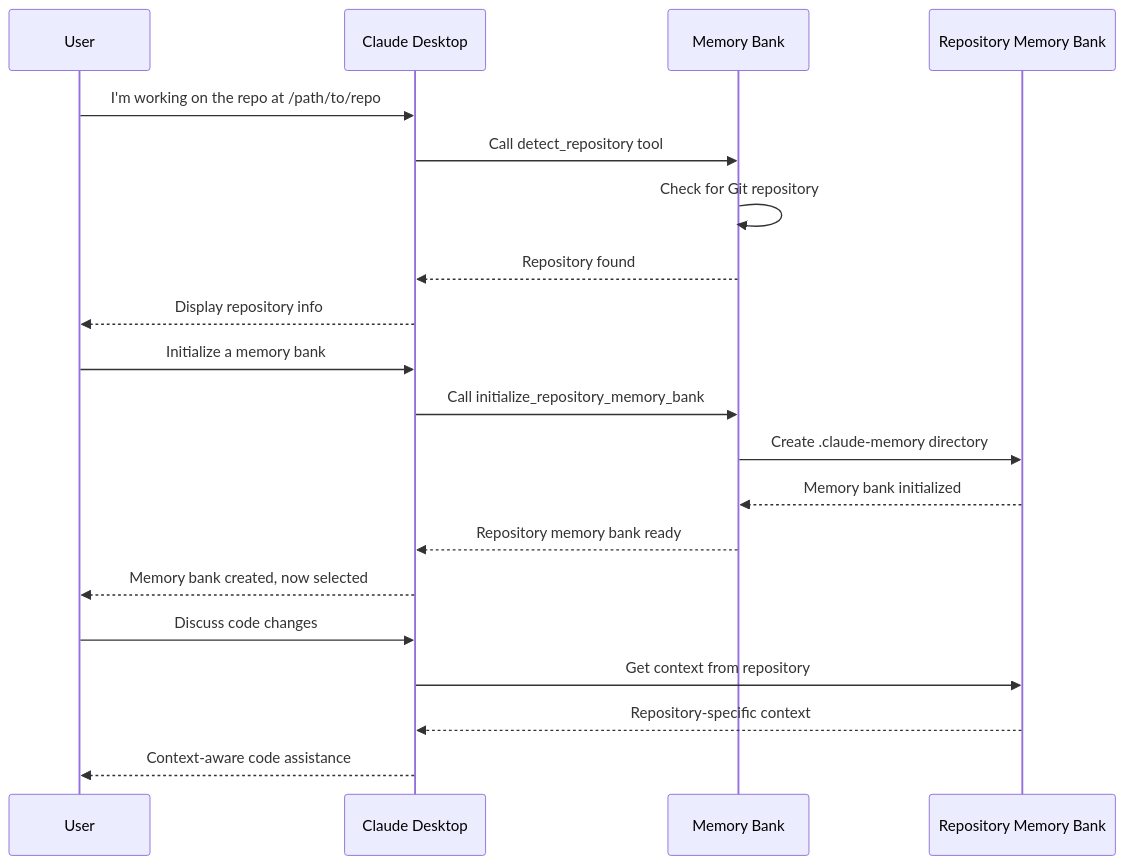
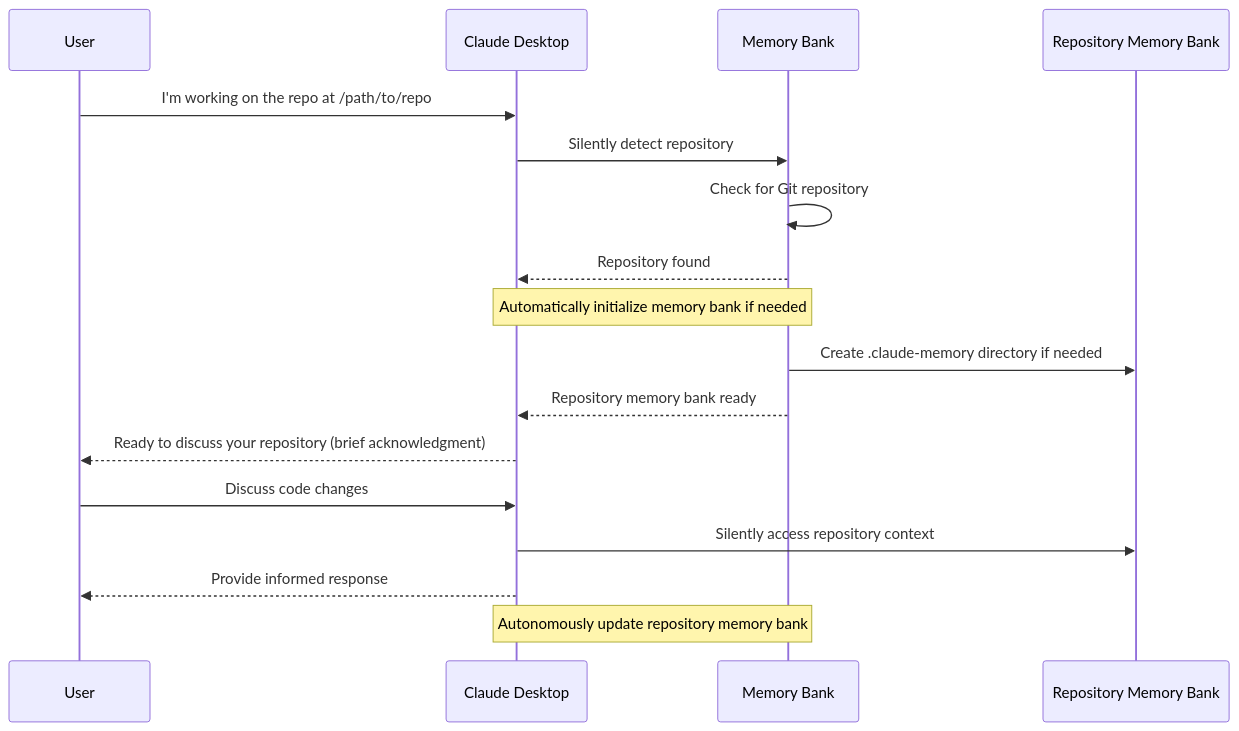
Before and after one commit to philippe-guerit/claude-desktop-memory-bank: the third of 4 diagrams in doc/usage-guide.md, drawn with Mermaid. The commit also changed other lines of this file and 4 other files, not shown here.

````diff
--- a/doc/usage-guide.md
+++ b/doc/usage-guide.md
@@ -312,23 +255,20 @@
 ```mermaid
 sequenceDiagram
     participant User
     participant Claude as Claude Desktop
     participant MB as Memory Bank
     participant Repo as Repository Memory Bank
     
     User->>Claude: I'm working on the repo at /path/to/repo
-    Claude->>MB: Call detect_repository tool
+    Claude->>MB: Silently detect repository
     MB->>MB: Check for Git repository
     MB-->>Claude: Repository found
-    Claude-->>User: Display repository info
-    User->>Claude: Initialize a memory bank
-    Claude->>MB: Call initialize_repository_memory_bank
-    MB->>Repo: Create .claude-memory directory
-    Repo-->>MB: Memory bank initialized
+    Note over Claude,MB: Automatically initialize memory bank if needed
+    MB->>Repo: Create .claude-memory directory if needed
     MB-->>Claude: Repository memory bank ready
-    Claude-->>User: Memory bank created, now selected
+    Claude-->>User: Ready to discuss your repository (brief acknowledgment)
     User->>Claude: Discuss code changes
-    Claude->>Repo: Get context from repository
-    Repo-->>Claude: Repository-specific context
-    Claude-->>User: Context-aware code assistance
+    Claude->>Repo: Silently access repository context
+    Claude-->>User: Provide informed response
+    Note over Claude,MB: Autonomously update repository memory bank
 ```
````
